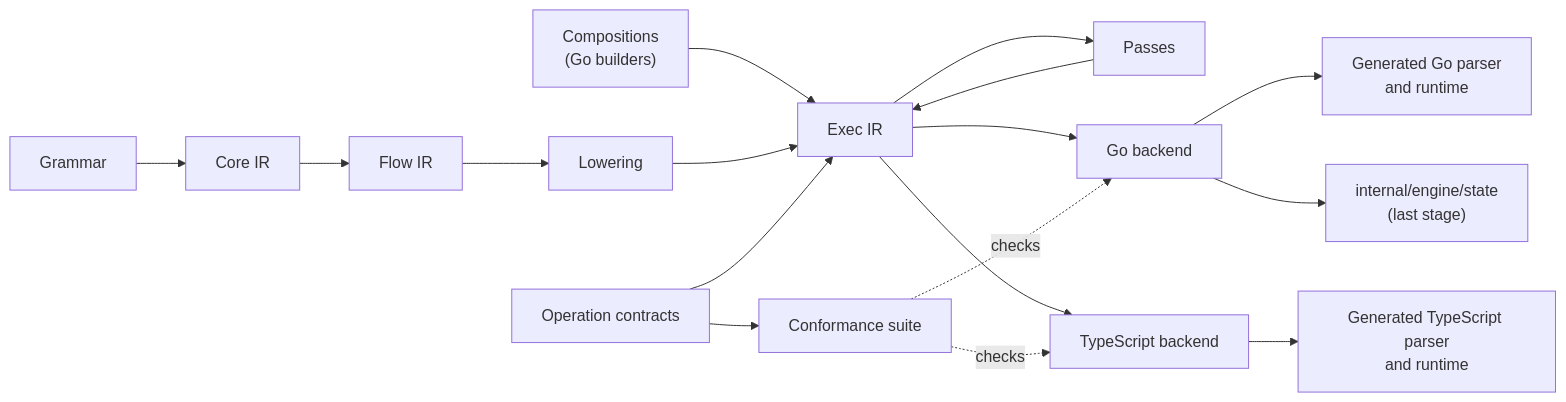
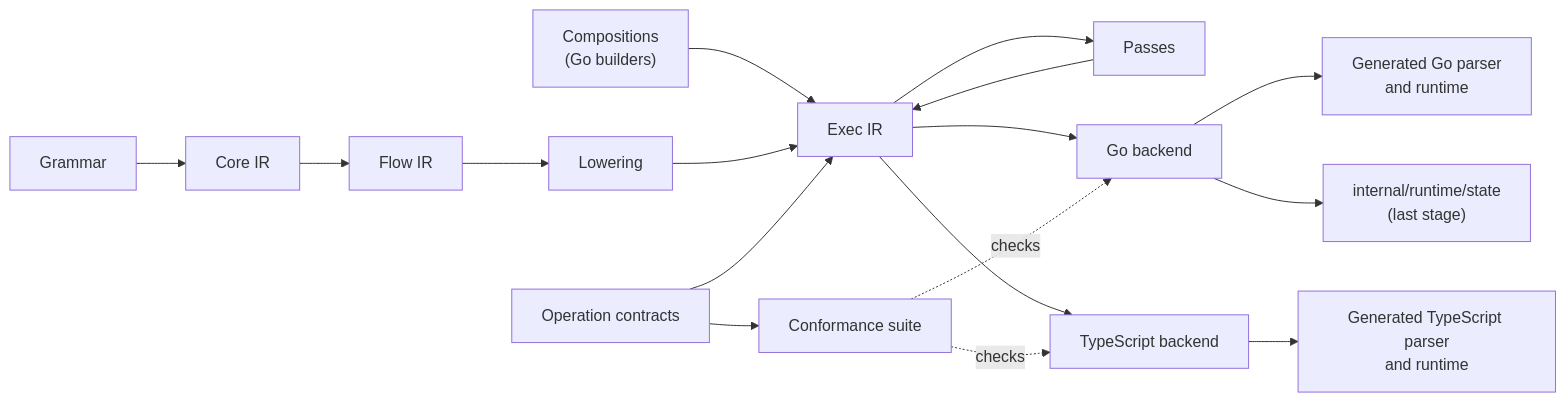
One commit to zeroparse/zp changed the diagram in docs/design/records/065-exec-ir-parser-vm.md. Above: the diagram before and after it, drawn with Mermaid. The commit also changed other lines of this file and 534 other files, not shown here.

First line of the commit message:
Move the runtime packages under internal/runtime

````diff
--- a/docs/design/records/065-exec-ir-parser-vm.md
+++ b/docs/design/records/065-exec-ir-parser-vm.md
@@ -38,16 +38,16 @@
 ```mermaid
 flowchart LR
   g["Grammar"] --> core["Core IR"] --> flow["Flow IR"] --> low["Lowering"]
   comp["Compositions<br/>(Go builders)"] --> exec
   low --> exec["Exec IR"]
   spec["Operation contracts"] --> exec
   exec --> passes["Passes"] --> exec
   exec --> gob["Go backend"]
   exec --> tsb["TypeScript backend"]
   gob --> goout["Generated Go parser<br/>and runtime"]
-  gob --> eng["internal/engine/state<br/>(last stage)"]
+  gob --> eng["internal/runtime/state<br/>(last stage)"]
   tsb --> tsout["Generated TypeScript parser<br/>and runtime"]
   spec --> conf["Conformance suite"]
   conf -. checks .-> gob
   conf -. checks .-> tsb
 ```
````
